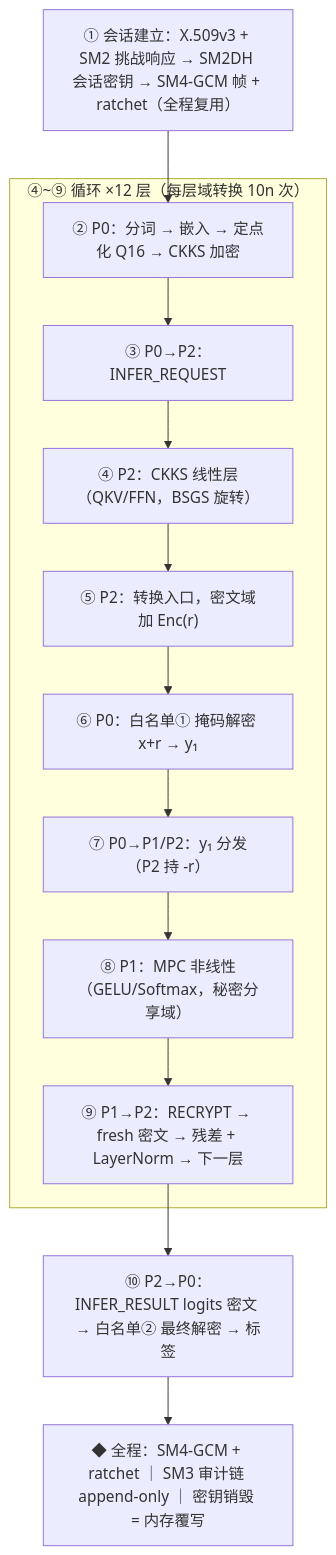
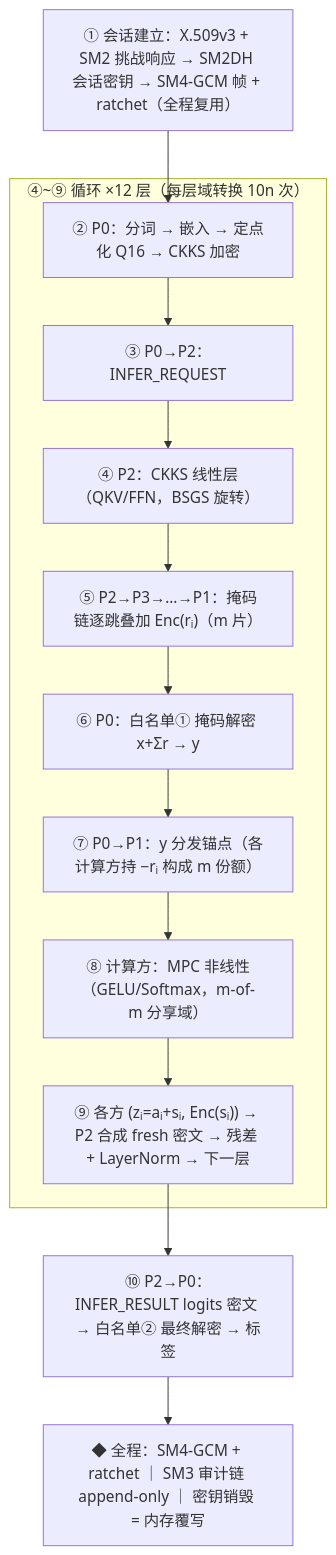
The second of 2 diagrams in README.md (k4N0SAKU/lyuhan123withConfigurableParameterT), drawn with Mermaid before and after one commit. The commit also changed other lines of this file and 2 other files, not shown here.

````diff
--- a/README.md
+++ b/README.md
@@ -121,15 +132,15 @@
 ```mermaid
 flowchart TB
   S0["① 会话建立：X.509v3 + SM2 挑战响应 → SM2DH 会话密钥 → SM4-GCM 帧 + ratchet（全程复用）"] --> S1
   subgraph L["④~⑨ 循环 ×12 层（每层域转换 10n 次）"]
     S1["② P0：分词 → 嵌入 → 定点化 Q16 → CKKS 加密"] --> S2["③ P0→P2：INFER_REQUEST"]
     S2 --> S3["④ P2：CKKS 线性层（QKV/FFN，BSGS 旋转）"]
-    S3 --> S4["⑤ P2：转换入口，密文域加 Enc(r)"]
-    S4 --> S5["⑥ P0：白名单① 掩码解密 x+r → y₁"]
-    S5 --> S6["⑦ P0→P1/P2：y₁ 分发（P2 持 -r）"]
-    S6 --> S7["⑧ P1：MPC 非线性（GELU/Softmax，秘密分享域）"]
-    S7 --> S8["⑨ P1→P2：RECRYPT → fresh 密文 → 残差 + LayerNorm → 下一层"]
+    S3 --> S4["⑤ P2→P3→…→P1：掩码链逐跳叠加 Enc(rᵢ)（m 片）"]
+    S4 --> S5["⑥ P0：白名单① 掩码解密 x+Σr → y"]
+    S5 --> S6["⑦ P0→P1：y 分发锚点（各计算方持 −rᵢ 构成 m 份额）"]
+    S6 --> S7["⑧ 计算方：MPC 非线性（GELU/Softmax，m-of-m 分享域）"]
+    S7 --> S8["⑨ 各方 (zᵢ=aᵢ+sᵢ, Enc(sᵢ)) → P2 合成 fresh 密文 → 残差 + LayerNorm → 下一层"]
   end
   S8 --> S9["⑩ P2→P0：INFER_RESULT logits 密文 → 白名单② 最终解密 → 标签"]
   S9 --> SA["◆ 全程：SM4-GCM + ratchet ｜ SM3 审计链 append-only ｜ 密钥销毁 = 内存覆写"]
 ```
````
